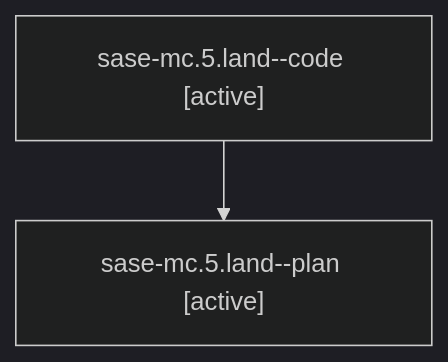
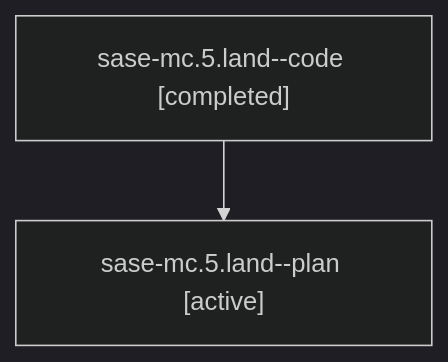
Before and after one commit to sase-org/sase--agents: the diagram in families/bbugyi200.athena.sase-mc.5.land.md, drawn with Mermaid (dark theme). The commit also changed other lines of this file and 35830 other files, not shown here.

````diff
--- a/families/bbugyi200.athena.sase-mc.5.land.md
+++ b/families/bbugyi200.athena.sase-mc.5.land.md
@@ -9,6 +9,6 @@
 ```mermaid
 flowchart TD
-  n0["sase-mc.5.land--code [active]"]
+  n0["sase-mc.5.land--code [completed]"]
   n1["sase-mc.5.land--plan [active]"]
   n0 --> n1
 ```
````
